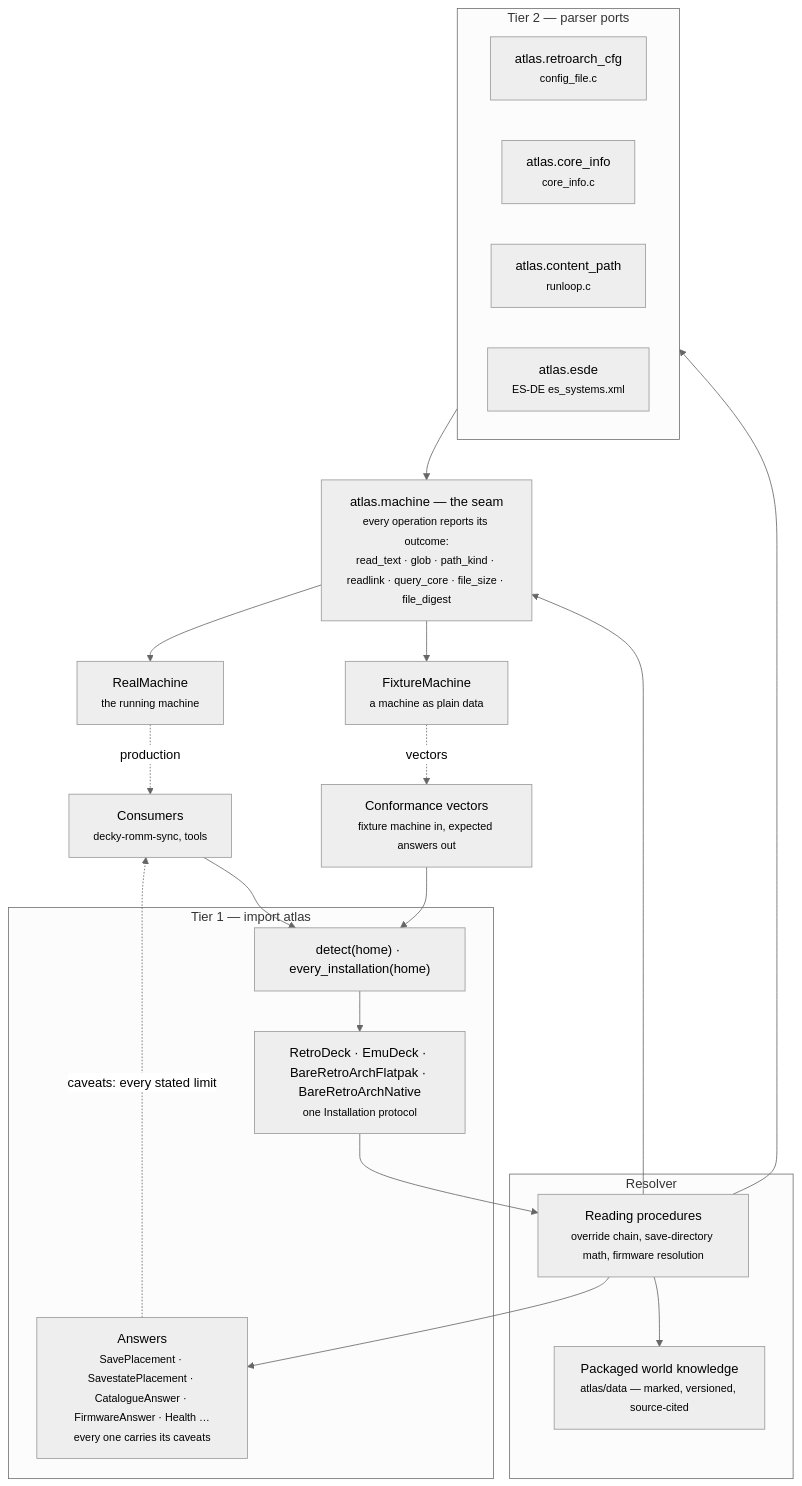
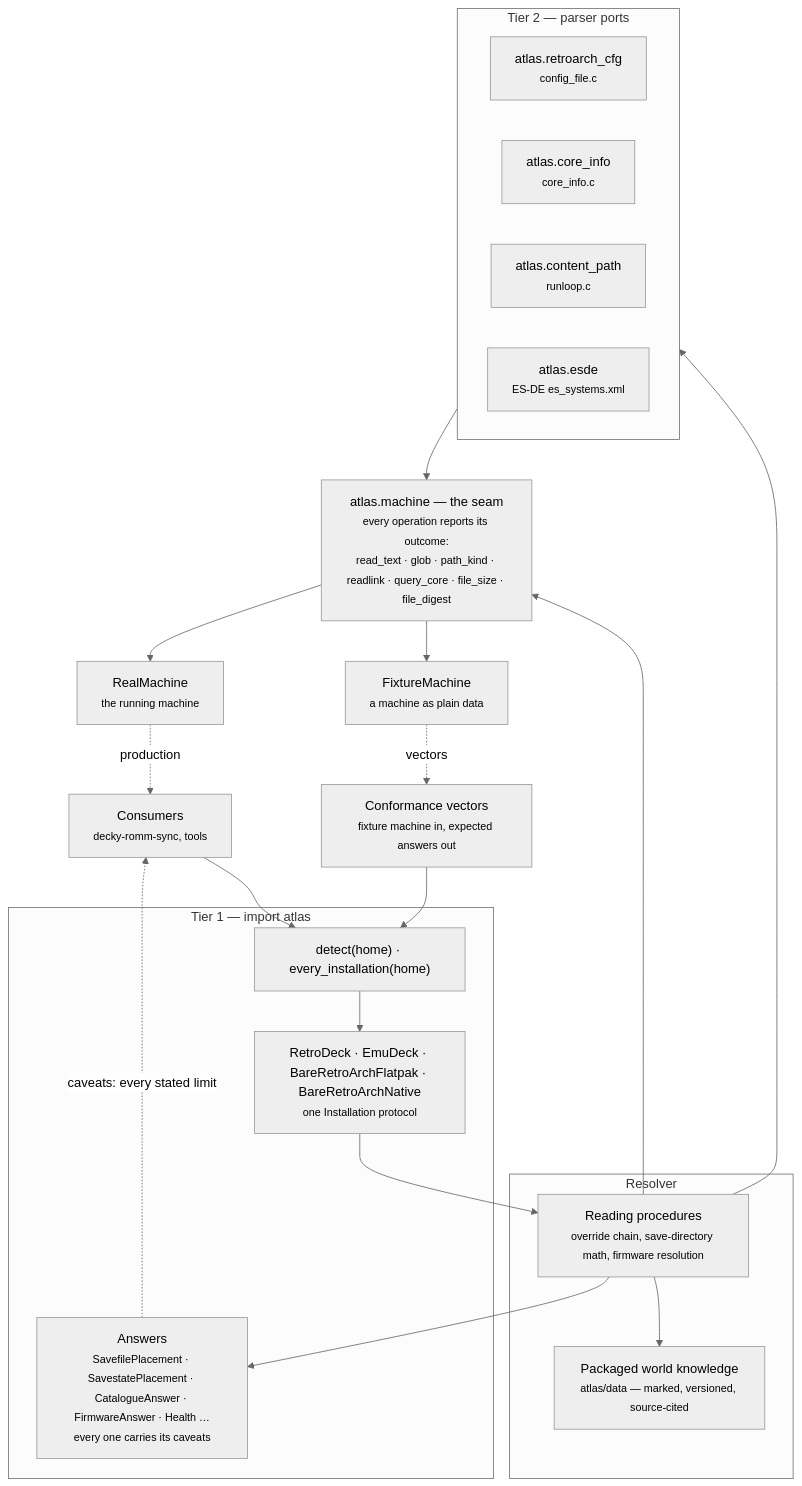
Before and after one commit to danielcopper/emu-atlas: the first of 3 diagrams in docs/architecture.md, drawn with Mermaid (neutral theme). The commit also changed other lines of this file and 25 other files, not shown here.

````diff
--- a/docs/architecture.md
+++ b/docs/architecture.md
@@ -12,42 +12,42 @@
 ```mermaid
 flowchart TB
     consumers["Consumers<br/><small>decky-romm-sync, tools</small>"]
     vectors["Conformance vectors<br/><small>fixture machine in, expected answers out</small>"]
 
     subgraph api["Tier 1 — import atlas"]
         entry["detect(home) · every_installation(home)"]
         handles["RetroDeck · EmuDeck · BareRetroArchFlatpak · BareRetroArchNative<br/><small>one Installation protocol</small>"]
-        answers["Answers<br/><small>SavePlacement · SavestatePlacement · CatalogueAnswer · FirmwareAnswer · Health …<br/>every one carries its caveats</small>"]
+        answers["Answers<br/><small>SavefilePlacement · SavestatePlacement · CatalogueAnswer · FirmwareAnswer · Health …<br/>every one carries its caveats</small>"]
     end
 
     subgraph resolver["Resolver"]
         rules["Reading procedures<br/><small>override chain, save-directory math, firmware resolution</small>"]
         knowledge["Packaged world knowledge<br/><small>atlas/data — marked, versioned, source-cited</small>"]
     end
 
     subgraph parsers["Tier 2 — parser ports"]
         cfg["atlas.retroarch_cfg<br/><small>config_file.c</small>"]
         info["atlas.core_info<br/><small>core_info.c</small>"]
         path["atlas.content_path<br/><small>runloop.c</small>"]
         esde["atlas.esde<br/><small>ES-DE es_systems.xml</small>"]
     end
 
     seam["atlas.machine — the seam<br/><small>every operation reports its outcome:<br/>read_text · glob · path_kind · readlink · query_core · file_size · file_digest</small>"]
     real["RealMachine<br/><small>the running machine</small>"]
     fixture["FixtureMachine<br/><small>a machine as plain data</small>"]
 
     consumers --> entry
     vectors --> entry
     entry --> handles
     handles --> rules
     rules --> parsers
     rules --> knowledge
     rules --> answers
     answers -.->|"caveats: every stated limit"| consumers
     parsers --> seam
     rules --> seam
     seam --> real
     seam --> fixture
     real -.->|production| consumers
     fixture -.->|vectors| vectors
 ```
````
